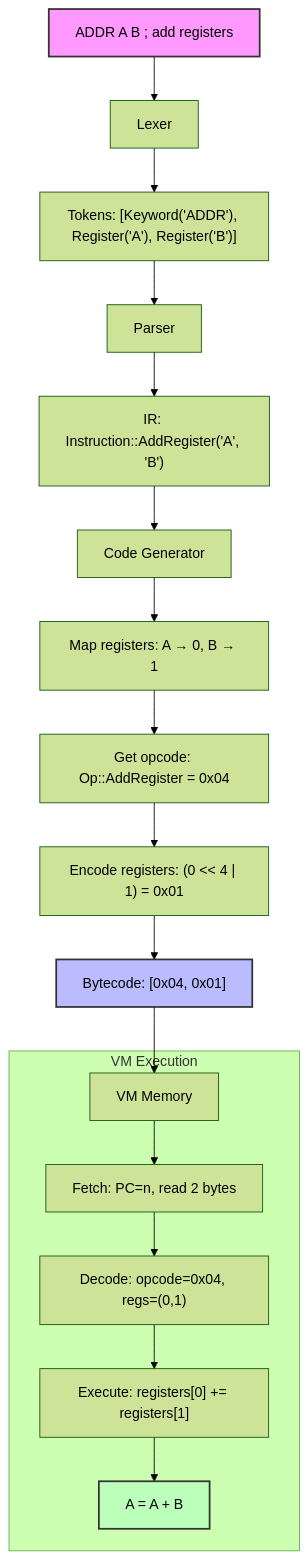
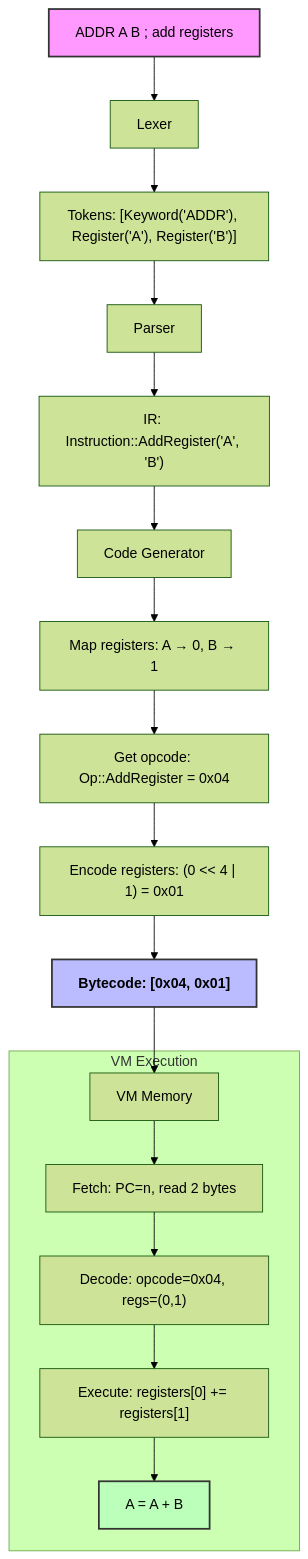
Before and after one commit to dtg-lucifer/16bit-vm-rust: the fifth of 5 diagrams in README.md, drawn with Mermaid (forest theme). The commit also changed other lines of this file and 2 other files, not shown here.

````diff
--- a/README.md
+++ b/README.md
@@ -481,28 +586,28 @@
 ```mermaid
 flowchart TD
     A["ADDR A B ; add registers"] --> B["Lexer"]
     B --> C["Tokens: [Keyword('ADDR'), Register('A'), Register('B')]"]
     C --> D["Parser"]
     D --> E["IR: Instruction::AddRegister('A', 'B')"]
     E --> F["Code Generator"]
     F --> G1["Map registers: A → 0, B → 1"]
     G1 --> G2["Get opcode: Op::AddRegister = 0x04"]
     G2 --> G3["Encode registers: (0 << 4 | 1) = 0x01"]
     G3 --> H["Bytecode: [0x04, 0x01]"]
     H --> I["VM Memory"]
 
     subgraph "VM Execution"
         I --> J["Fetch: PC=n, read 2 bytes"]
         J --> K["Decode: opcode=0x04, regs=(0,1)"]
         K --> L["Execute: registers[0] += registers[1]"]
         L --> M["A = A + B"]
     end
 
     classDef source fill:#f9f,stroke:#333,stroke-width:2px;
-    classDef bytecode fill:#bbf,stroke:#333,stroke-width:2px;
+    classDef bytecode fill:#bbf,stroke:#333,stroke-width:2px,color:#000,font-weight:bold;
     classDef result fill:#bfb,stroke:#333,stroke-width:2px;
 
     class A source;
     class H bytecode;
     class M result;
 ```
````
